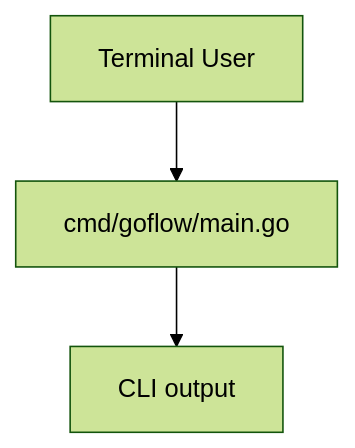
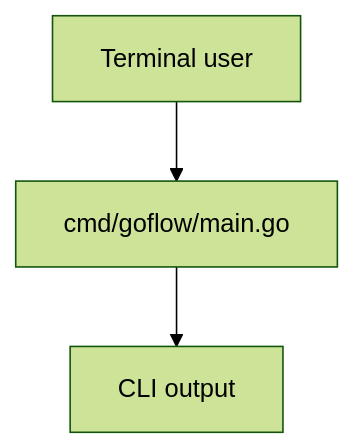
Before and after one commit to Kaushik-2005/GoFlow: the second of 13 diagrams in docs/design.md, drawn with Mermaid (forest theme). The commit also changed other lines of this file and 13 other files, not shown here.

````diff
--- a/docs/design.md
+++ b/docs/design.md
@@ -116,5 +46,5 @@
 ```mermaid
 flowchart TD
-    User[Terminal User] --> Main[cmd/goflow/main.go]
+    User[Terminal user] --> Main[cmd/goflow/main.go]
     Main --> Output[CLI output]
 ```
````
